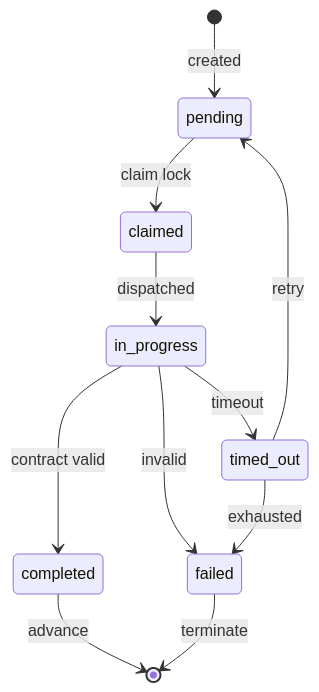
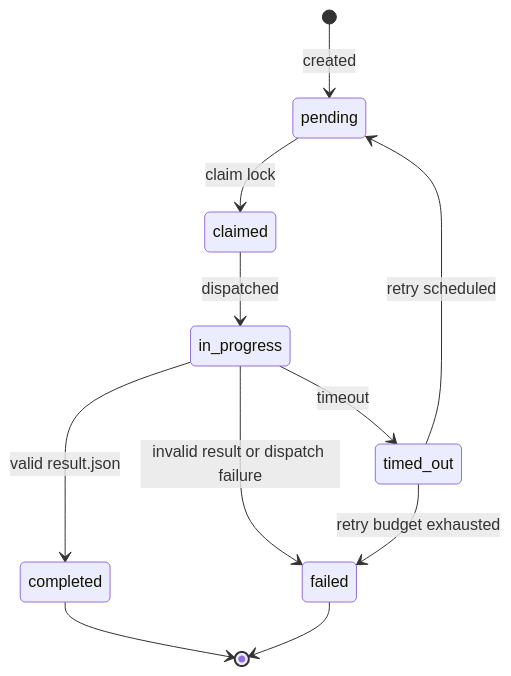
The third of 4 diagrams in docs/hydra-panorama-flow.md (blueberrycongee/termcanvas), drawn with Mermaid before and after one commit. The commit also changed other lines of this file and 9 other files, not shown here.

````diff
--- a/docs/hydra-panorama-flow.md
+++ b/docs/hydra-panorama-flow.md
@@ -217,17 +58,17 @@
 ```mermaid
 stateDiagram-v2
     [*] --> pending: created
 
     pending --> claimed: claim lock
     claimed --> in_progress: dispatched
 
-    in_progress --> completed: contract valid
+    in_progress --> completed: valid result.json
     in_progress --> timed_out: timeout
-    in_progress --> failed: invalid
+    in_progress --> failed: invalid result or dispatch failure
 
-    timed_out --> pending: retry
-    timed_out --> failed: exhausted
+    timed_out --> pending: retry scheduled
+    timed_out --> failed: retry budget exhausted
 
-    completed --> [*]: advance
-    failed --> [*]: terminate
+    completed --> [*]
+    failed --> [*]
 ```
````
